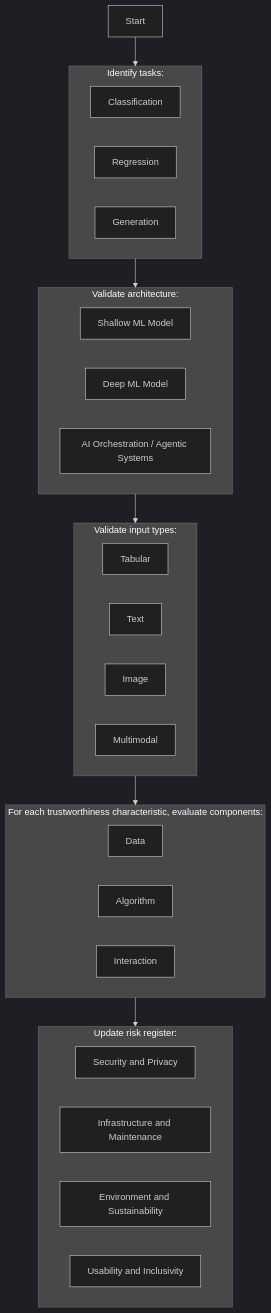
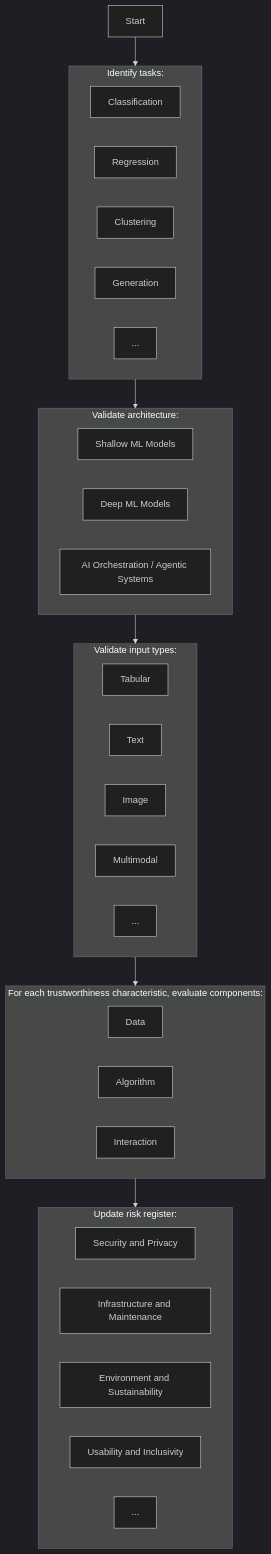
The second of 2 diagrams in README.md (asabuncuoglu13/ai-safety-demos), drawn with Mermaid (dark theme) before and after one commit. The commit also changed other lines of this file and 4 other files, not shown here.

````diff
--- a/README.md
+++ b/README.md
@@ -47,41 +46,45 @@
 ```mermaid
 graph TD;
     direction TB
     Start--> Tasks
     Tasks --> Architecture
     Architecture --> Input
     Input  --> EvalComponents
     EvalComponents --> Risks
 
     subgraph Tasks[Identify tasks:]
         T1[Classification]
         T2[Regression]
-        T3[Generation]
+        T3[Clustering]
+        T4[Generation]
+        T5[...]
     end
     
     subgraph Architecture[Validate architecture:]
-        A1[Shallow ML Model]
-        A2[Deep ML Model]
+        A1[Shallow ML Models]
+        A2[Deep ML Models]
         A3[AI Orchestration / Agentic Systems]
     end
 
     subgraph Input[Validate input types:]
         I1[Tabular]
         I2[Text]
         I3[Image]
         I4[Multimodal]
+        I5[...]
     end
 
     subgraph EvalComponents["For each trustworthiness characteristic, evaluate components:"]
         C1[Data]
         C2[Algorithm]
         C3[Interaction]
     end
 
     subgraph Risks[Update risk register:]
         R1[Security and Privacy]
         R2[Infrastructure and Maintenance]
         R3[Environment and Sustainability]
         R4[Usability and Inclusivity]
+        R5[...]
     end
 ```
````
